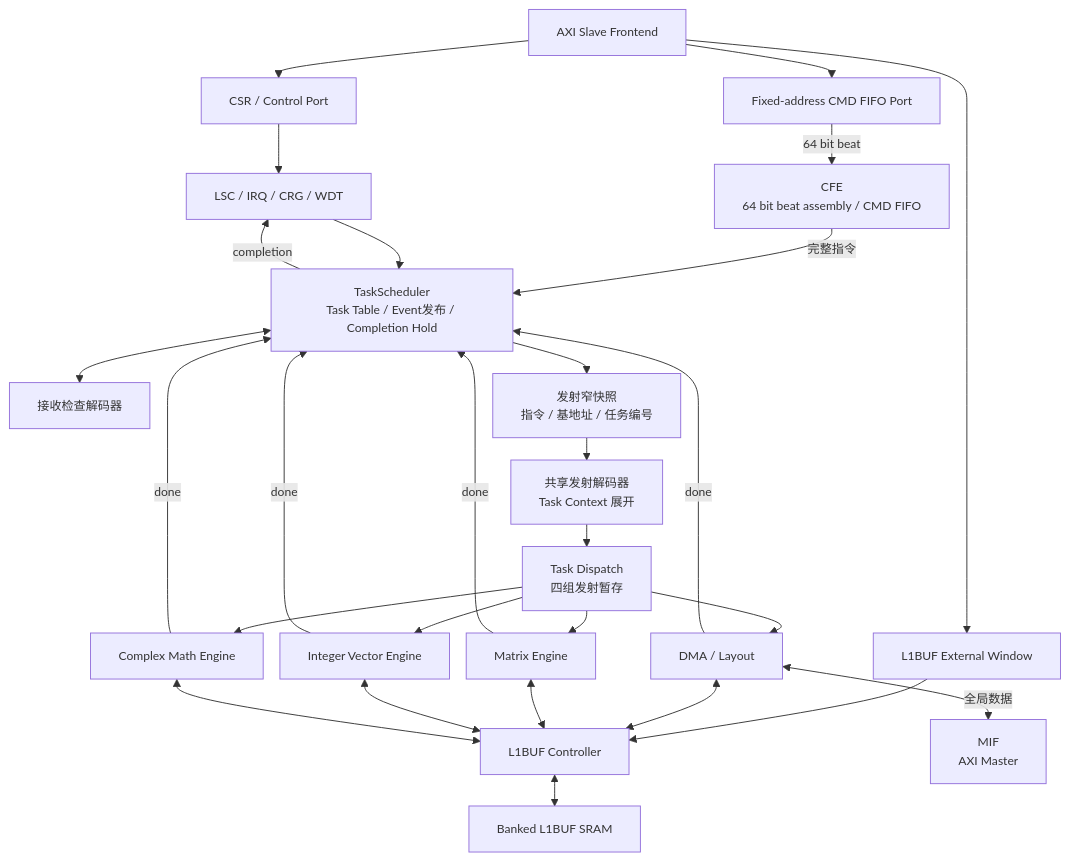
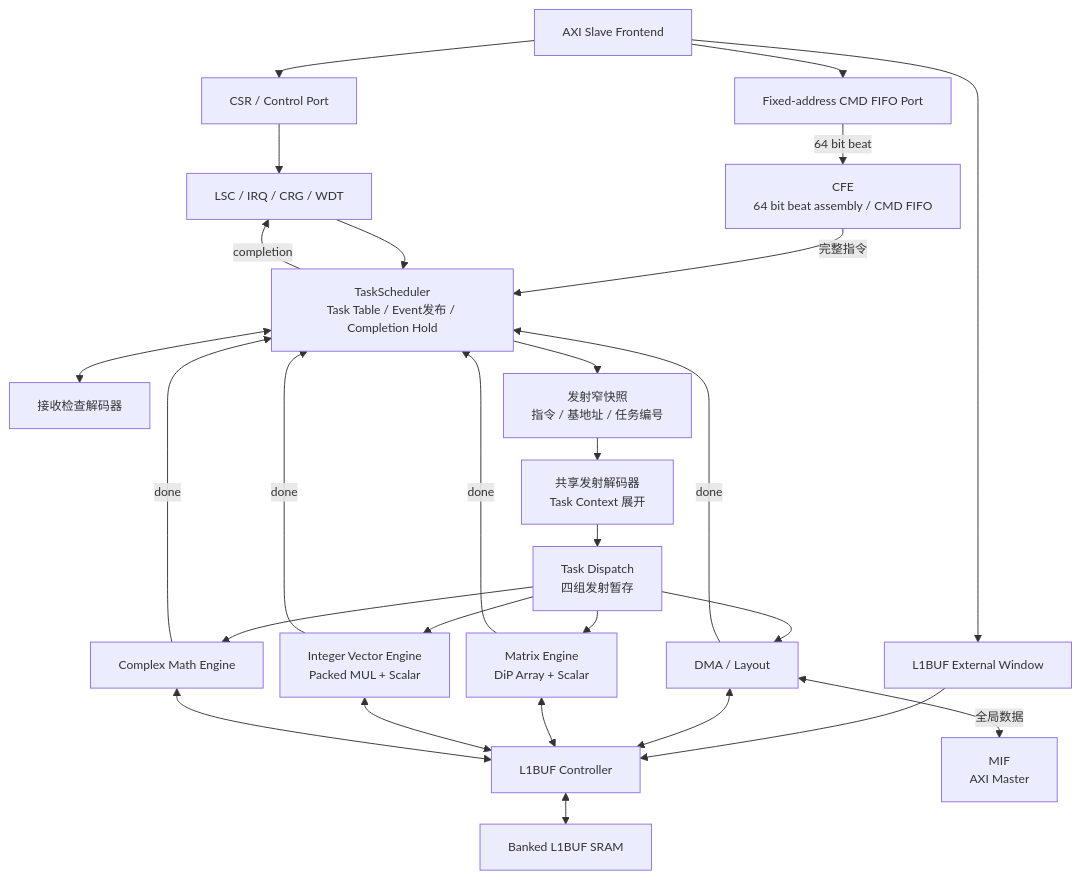
Before and after one commit to Little-W/Obsidian: the third of 21 diagrams in NPU/NPU 指令与硬件架构设计 Spec.md, drawn with Mermaid. The commit also changed other lines of this file and 93 other files, not shown here.

````diff
--- a/NPU/NPU 指令与硬件架构设计 Spec.md
+++ b/NPU/NPU 指令与硬件架构设计 Spec.md
@@ -402,47 +395,47 @@
 ```mermaid
 %%{init: {"flowchart": {"useMaxWidth": true, "nodeSpacing": 18, "rankSpacing": 24}, "themeVariables": {"fontSize": "13px"}}}%%
 flowchart TB
     AXIS["AXI Slave Frontend"]
     CSR["CSR / Control Port"]
     CMD["Fixed-address CMD FIFO Port"]
     HOSTL1["L1BUF External Window"]
     CFE["CFE<br/>64 bit beat assembly / CMD FIFO"]
     TS["TaskScheduler<br/>Task Table / Event发布 / Completion Hold"]
     CHECK["接收检查解码器"]
     SNAP["发射窄快照<br/>指令 / 基地址 / 任务编号"]
     DEC["共享发射解码器<br/>Task Context 展开"]
     DISP["Task Dispatch<br/>四组发射暂存"]
     DMA["DMA / Layout"]
-    ME["Matrix Engine"]
-    IVE["Integer Vector Engine"]
+    ME["Matrix Engine<br/>DiP Array + Scalar"]
+    IVE["Integer Vector Engine<br/>Packed MUL + Scalar"]
     CME["Complex Math Engine"]
     L1C["L1BUF Controller"]
     SRAM["Banked L1BUF SRAM"]
     MIF["MIF<br/>AXI Master"]
     LSC["LSC / IRQ / CRG / WDT"]
 
     AXIS --> CSR --> LSC
     AXIS --> CMD -->|"64 bit beat"| CFE
     AXIS --> HOSTL1 --> L1C
     CFE -->|"完整指令"| TS
     TS <--> CHECK
     TS --> SNAP
     SNAP --> DEC
     DEC --> DISP
     DISP --> DMA
     DISP --> ME
     DISP --> IVE
     DISP --> CME
     DMA <--> L1C
     ME <--> L1C
     IVE <--> L1C
     CME <--> L1C
     L1C <--> SRAM
     DMA <-->|"全局数据"| MIF
     DMA -->|"done"| TS
     ME -->|"done"| TS
     IVE -->|"done"| TS
     CME -->|"done"| TS
     TS -->|"completion"| LSC
     LSC --> TS
 ```
````
